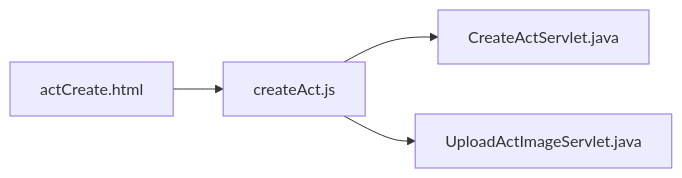
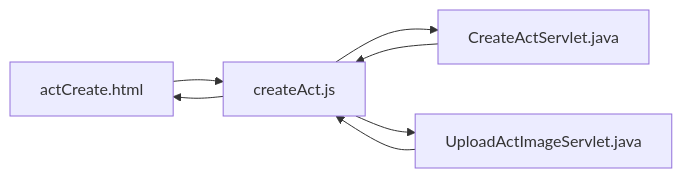
The second of 11 diagrams in README.md (TLexYuW/CGA103G1OwnPart), drawn with Mermaid before and after one commit.

Commit message:
LexVaultBackup: 2022-09-11 19:23:51
Affected files:
README.md

````diff
--- a/README.md
+++ b/README.md
@@ -62,5 +62,7 @@
 ```mermaid
 flowchart LR
 	aC[actCreate.html] --> cA[createAct.js] --> CAS[CreateActServlet.java]
+	CAS --> cA --> aC
 	cA --> UAIS[UploadActImageServlet.java]
+	UAIS --> cA
 ```
````
